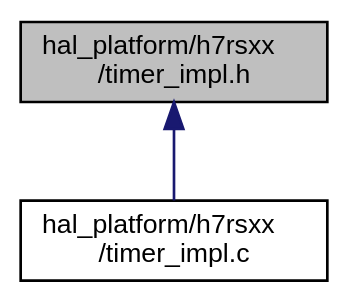
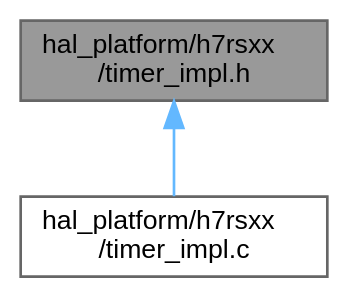
Before and after one commit to ebs-universe/piolib-hal-uc-stm32: the diagram in h7rsxx_2timer__impl_8h__dep__incl.dot, drawn with Graphviz. The commit also changed 1546 other files, not shown here.

```diff
--- a/h7rsxx_2timer__impl_8h__dep__incl.dot
+++ b/h7rsxx_2timer__impl_8h__dep__incl.dot
@@ -1,11 +1,11 @@
 digraph "hal_platform/h7rsxx/timer_impl.h"
 {
  // INTERACTIVE_SVG=YES
  // LATEX_PDF_SIZE
   bgcolor="transparent";
-  edge [fontname="Helvetica",fontsize="10",labelfontname="Helvetica",labelfontsize="10"];
-  node [fontname="Helvetica",fontsize="10",shape=record];
-  Node1 [label="hal_platform/h7rsxx\l/timer_impl.h",height=0.2,width=0.4,color="black", fillcolor="grey75", style="filled", fontcolor="black",tooltip=" "];
-  Node1 -> Node2 [dir="back",color="midnightblue",fontsize="10",style="solid",fontname="Helvetica"];
-  Node2 [label="hal_platform/h7rsxx\l/timer_impl.c",height=0.2,width=0.4,color="black",URL="$h7rsxx_2timer__impl_8c.html",tooltip=" "];
+  edge [fontname=Helvetica,fontsize=10,labelfontname=Helvetica,labelfontsize=10];
+  node [fontname=Helvetica,fontsize=10,shape=box,height=0.2,width=0.4];
+  Node1 [id="Node000001",label="hal_platform/h7rsxx\l/timer_impl.h",height=0.2,width=0.4,color="gray40", fillcolor="grey60", style="filled", fontcolor="black",tooltip=" "];
+  Node1 -> Node2 [id="edge1_Node000001_Node000002",dir="back",color="steelblue1",style="solid",tooltip=" "];
+  Node2 [id="Node000002",label="hal_platform/h7rsxx\l/timer_impl.c",height=0.2,width=0.4,color="grey40", fillcolor="white", style="filled",URL="$h7rsxx_2timer__impl_8c.html",tooltip=" "];
 }
```
